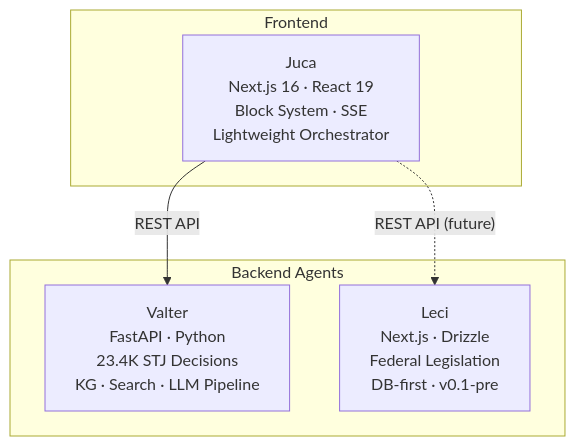
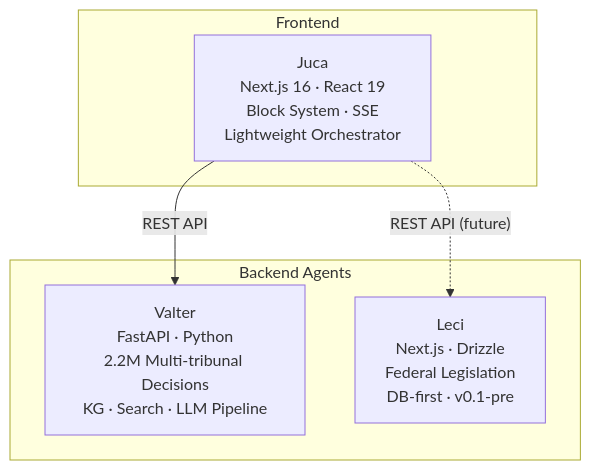
The diagram in sites/juca/src/content/docs/index.md (sensdiego/sens.legal), drawn with Mermaid before and after one commit. The commit also changed 14 other files, not shown here.

First line of the commit message:
docs(juca): sync with current Valter state — 2.2M decisions, 31 MCP tools, updated KG numbers

````diff
--- a/sites/juca/src/content/docs/index.md
+++ b/sites/juca/src/content/docs/index.md
@@ -30,12 +30,12 @@
 ```mermaid
 graph TB
     subgraph "Frontend"
         Juca["Juca<br/>Next.js 16 · React 19<br/>Block System · SSE<br/>Lightweight Orchestrator"]
     end
     subgraph "Backend Agents"
-        Valter["Valter<br/>FastAPI · Python<br/>23.4K STJ Decisions<br/>KG · Search · LLM Pipeline"]
+        Valter["Valter<br/>FastAPI · Python<br/>2.2M Multi-tribunal Decisions<br/>KG · Search · LLM Pipeline"]
         Leci["Leci<br/>Next.js · Drizzle<br/>Federal Legislation<br/>DB-first · v0.1-pre"]
     end
     Juca -->|"REST API"| Valter
     Juca -.->|"REST API (future)"| Leci
 ```
````
